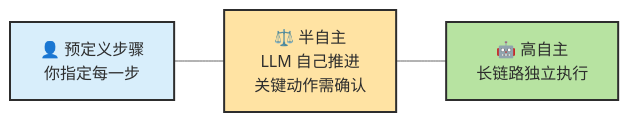
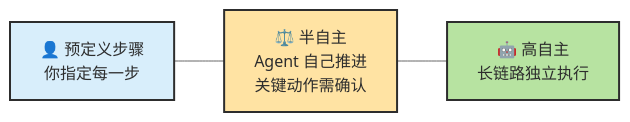
One commit to zht043/AgenticCodingTutorial changed the tenth of 15 diagrams in docs/chapters/ch02-concepts.md. Above: the diagram before and after it, drawn with Mermaid (neutral theme). The commit also changed other lines of this file and 26 other files, not shown here.

````diff
--- a/docs/chapters/ch02-concepts.md
+++ b/docs/chapters/ch02-concepts.md
@@ -424,8 +563,8 @@
 ```mermaid
 flowchart LR
     classDef low fill:#d8eefb,stroke:#2d2d2d,stroke-width:2px,color:#2d2d2d
     classDef mid fill:#ffe3a3,stroke:#2d2d2d,stroke-width:2px,color:#2d2d2d
     classDef high fill:#b7e3a1,stroke:#2d2d2d,stroke-width:2px,color:#2d2d2d
 
-    A["👤 预定义步骤<br/>你指定每一步"]:::low --- B["⚖️ 半自主<br/>LLM 自己推进<br/>关键动作需确认"]:::mid --- C["🤖 高自主<br/>长链路独立执行"]:::high
+    A["👤 预定义步骤<br/>你指定每一步"]:::low --- B["⚖️ 半自主<br/>Agent 自己推进<br/>关键动作需确认"]:::mid --- C["🤖 高自主<br/>长链路独立执行"]:::high
 ```
````
